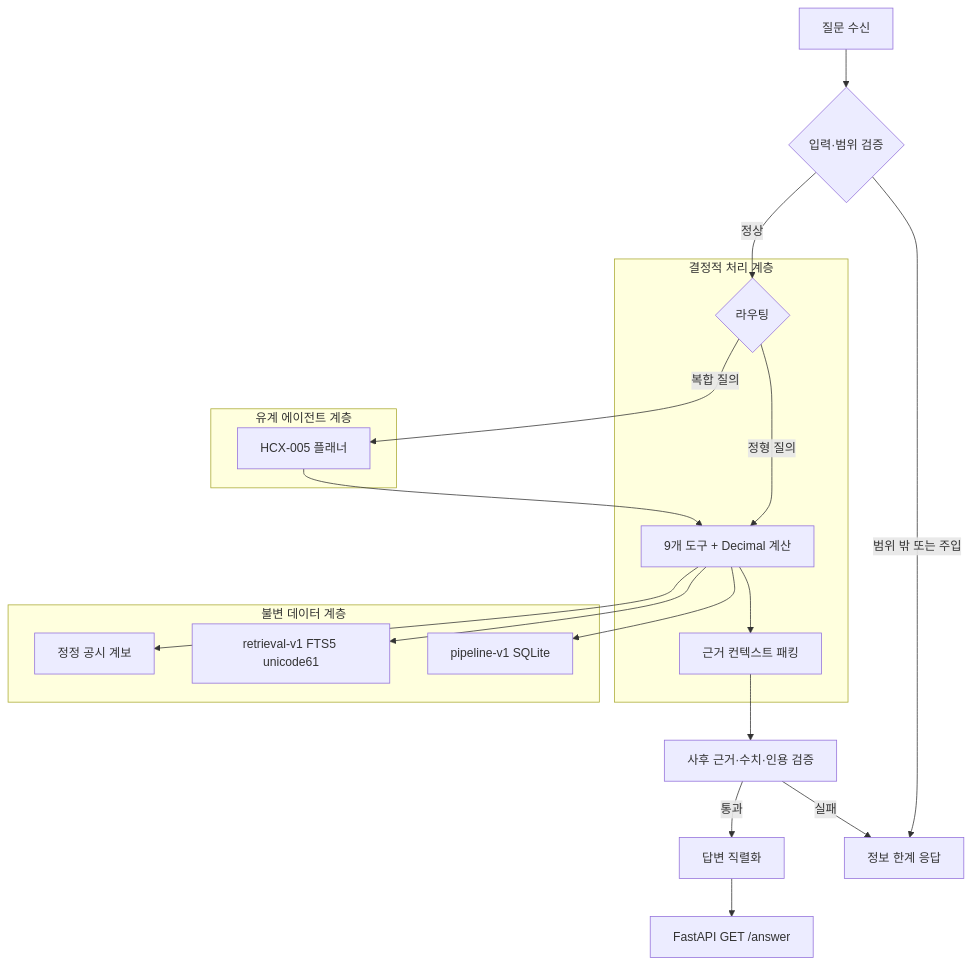
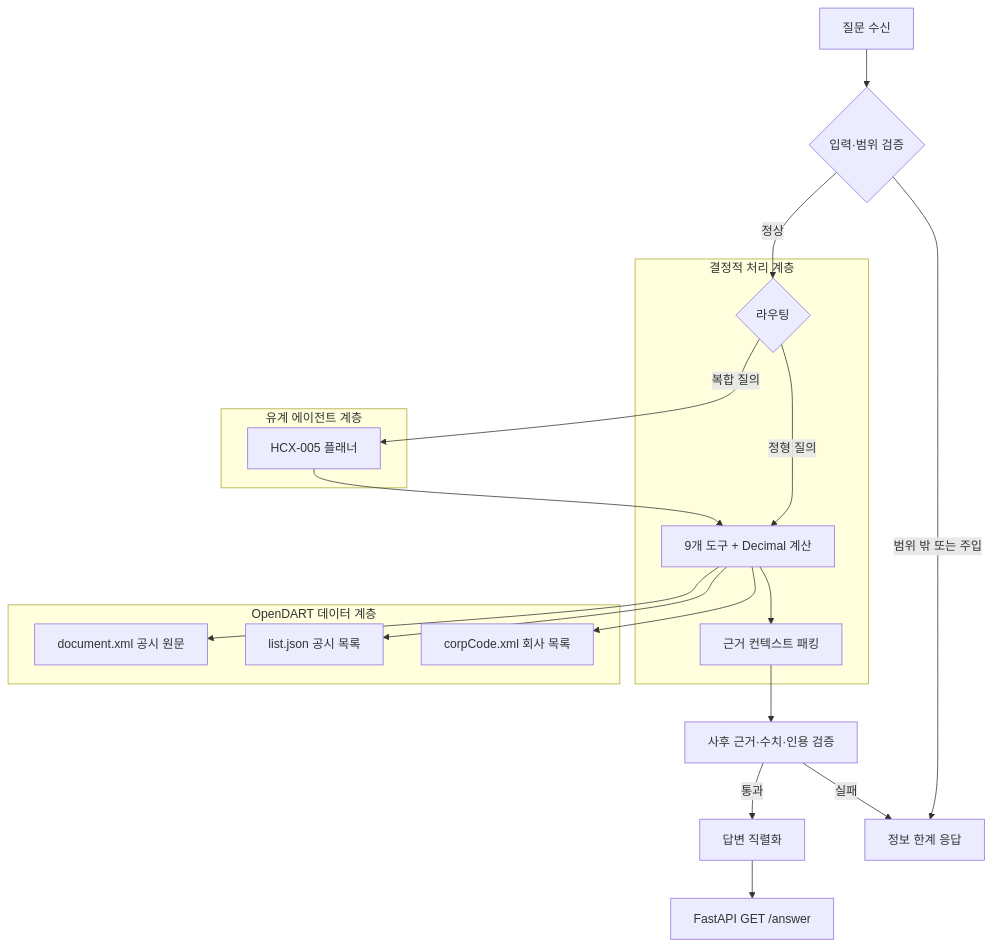
Before and after one commit to todayoneul/HCX05-disclosure-agent: the diagram in README.md, drawn with Mermaid. The commit also changed other lines of this file and 6 other files, not shown here.

Commit message:
fix(data): defer OpenDART company catalog loading

````diff
--- a/README.md
+++ b/README.md
@@ -53,30 +88,30 @@
 ```mermaid
 flowchart TB
     Q[질문 수신] --> S{입력·범위 검증}
     S -- 범위 밖 또는 주입 --> X[정보 한계 응답]
     S -- 정상 --> R{라우팅}
 
     subgraph Deterministic[결정적 처리 계층]
         R -- 정형 질의 --> D[9개 도구 + Decimal 계산]
         D --> C[근거 컨텍스트 패킹]
     end
 
     subgraph Agentic[유계 에이전트 계층]
         R -- 복합 질의 --> P[HCX-005 플래너]
         P --> D
     end
 
-    subgraph Data[불변 데이터 계층]
-        DB[pipeline-v1 SQLite]
-        FTS[retrieval-v1 FTS5 unicode61]
-        L[정정 공시 계보]
+    subgraph Data[OpenDART 데이터 계층]
+        CAT[corpCode.xml 회사 목록]
+        LIST[list.json 공시 목록]
+        DOC[document.xml 공시 원문]
     end
 
-    D --> DB
-    D --> FTS
-    D --> L
+    D --> CAT
+    D --> LIST
+    D --> DOC
     C --> V[사후 근거·수치·인용 검증]
     V -- 실패 --> X
     V -- 통과 --> A[답변 직렬화]
     A --> API[FastAPI GET /answer]
 ```
````
